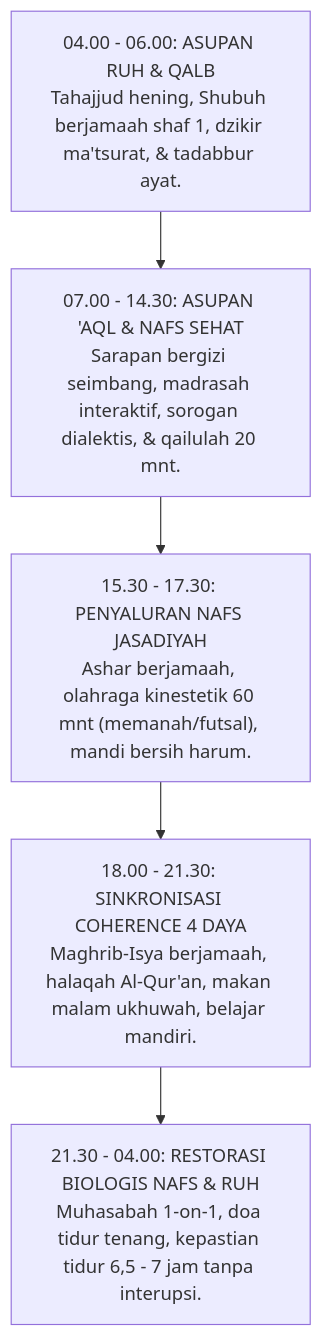
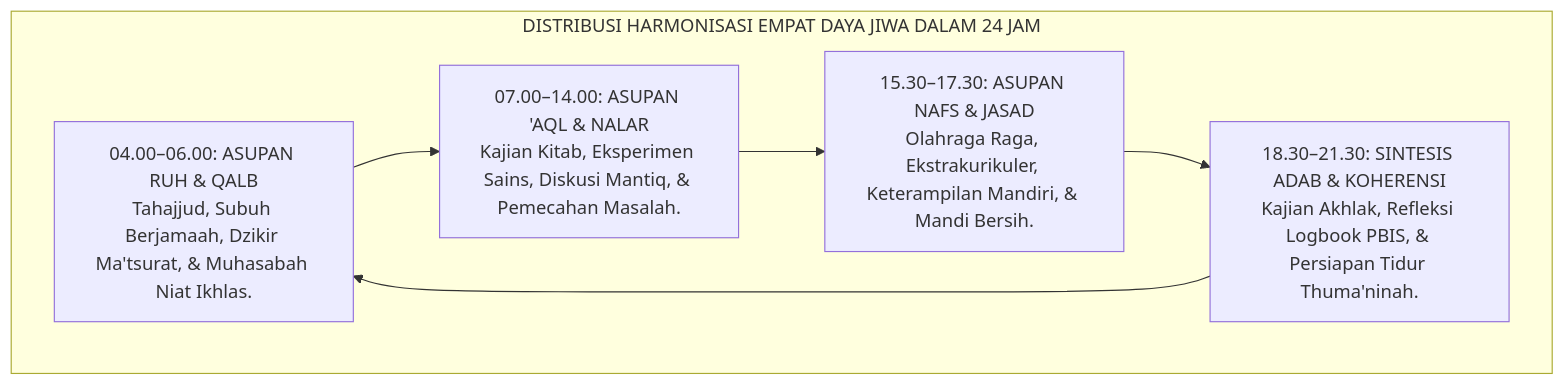
One commit to wandiapriliyandi/tumbuh changed the fourth of 5 diagrams in 01 Philosophy/02 Human Nature/P1-02-02-Struktur-Diri-Insani.md. Above: the diagram before and after it, drawn with Mermaid. The commit also changed other lines of this file and 6 other files, not shown here.

````diff
--- a/01 Philosophy/02 Human Nature/P1-02-02-Struktur-Diri-Insani.md
+++ b/01 Philosophy/02 Human Nature/P1-02-02-Struktur-Diri-Insani.md
@@ -420,11 +172,12 @@
 ```mermaid
 flowchart TD
-    Subuh["04.00 - 06.00: ASUPAN RUH & QALB<br/>Tahajjud hening, Shubuh berjamaah shaf 1, dzikir ma'tsurat, & tadabbur ayat."]
-    --> Pagi["07.00 - 14.30: ASUPAN 'AQL & NAFS SEHAT<br/>Sarapan bergizi seimbang, madrasah interaktif, sorogan dialektis, & qailulah 20 mnt."]
-    
-    Pagi --> Sore["15.30 - 17.30: PENYALURAN NAFS JASADIYAH<br/>Ashar berjamaah, olahraga kinestetik 60 mnt (memanah/futsal), mandi bersih harum."]
-    
-    Sore --> Malam["18.00 - 21.30: SINKRONISASI COHERENCE 4 DAYA<br/>Maghrib-Isya berjamaah, halaqah Al-Qur'an, makan malam ukhuwah, belajar mandiri."]
-    
-    Malam --> Tidur["21.30 - 04.00: RESTORASI BIOLOGIS NAFS & RUH<br/>Muhasabah 1-on-1, doa tidur tenang, kepastian tidur 6,5 - 7 jam tanpa interupsi."]
+    subgraph ProtokolHarmonisasiHarian["DISTRIBUSI HARMONISASI EMPAT DAYA JIWA DALAM 24 JAM"]
+        
+        Pagi_H["04.00–06.00: ASUPAN RUH & QALB<br/>Tahajjud, Subuh Berjamaah, Dzikir Ma'tsurat, & Muhasabah Niat Ikhlas."]
+        Siang_H["07.00–14.00: ASUPAN 'AQL & NALAR<br/>Kajian Kitab, Eksperimen Sains, Diskusi Mantiq, & Pemecahan Masalah."]
+        Sore_H["15.30–17.30: ASUPAN NAFS & JASAD<br/>Olahraga Raga, Ekstrakurikuler, Keterampilan Mandiri, & Mandi Bersih."]
+        Malam_H["18.30–21.30: SINTESIS ADAB & KOHERENSI<br/>Kajian Akhlak, Refleksi Logbook PBIS, & Persiapan Tidur Thuma'ninah."]
+        
+        Pagi_H --> Siang_H --> Sore_H --> Malam_H --> Pagi_H
+    end
 ```
````
